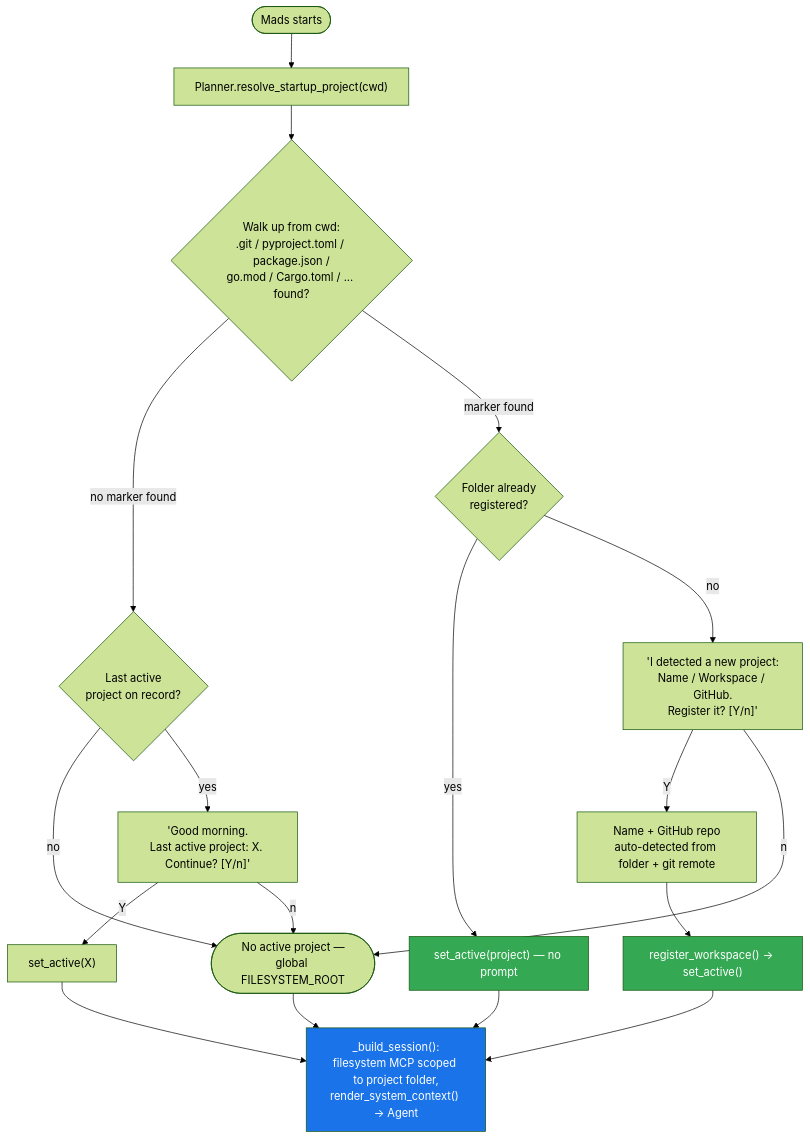
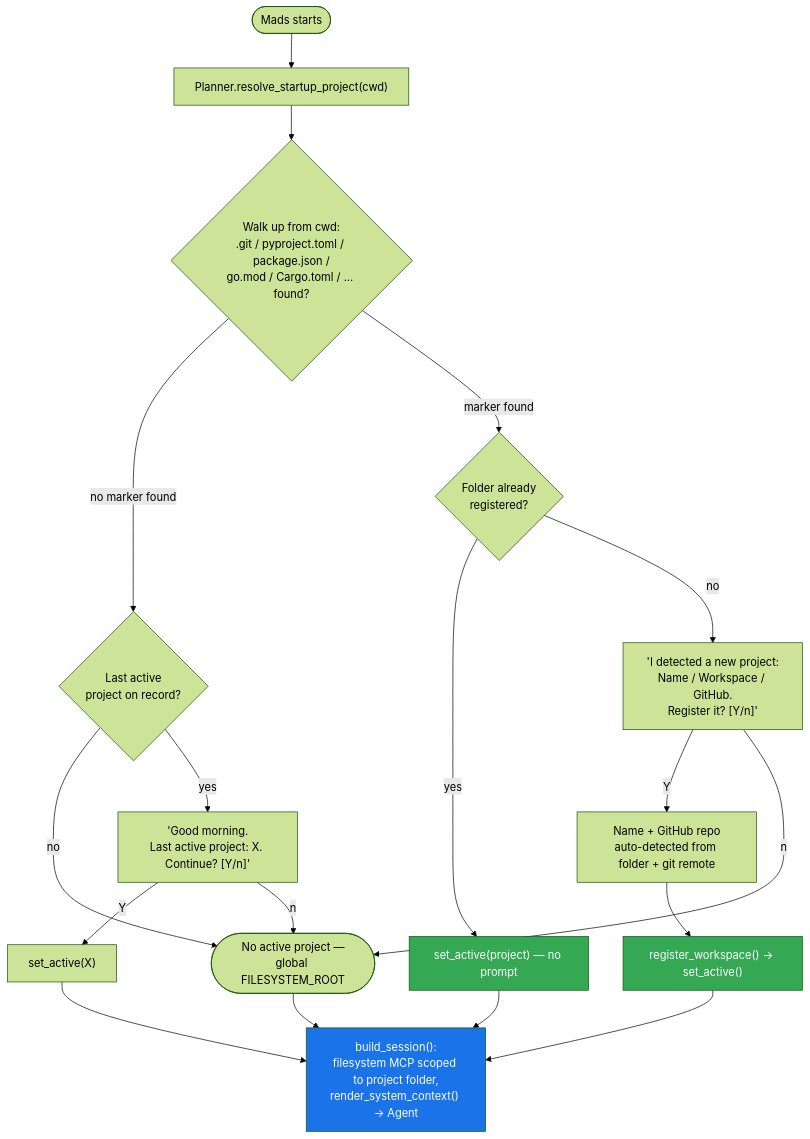
Before and after one commit to sayandeep-coder/mads: the seventh of 8 diagrams in README.md, drawn with Mermaid (forest theme). The commit also changed other lines of this file and 26 other files, not shown here.

````diff
--- a/README.md
+++ b/README.md
@@ -131,27 +279,27 @@
 ```mermaid
 flowchart TD
     Start(["Mads starts"]) --> Detect["Planner.resolve_startup_project(cwd)"]
     Detect --> Walk{"Walk up from cwd:<br/>.git / pyproject.toml / package.json /<br/>go.mod / Cargo.toml / ... found?"}
 
     Walk -- "no marker found" --> LastActive{"Last active<br/>project on record?"}
     LastActive -- no --> NoProject(["No active project —<br/>global FILESYSTEM_ROOT"])
     LastActive -- yes --> AskResume["'Good morning.<br/>Last active project: X. Continue? [Y/n]'"]
     AskResume -- Y --> ActivateLast["set_active(X)"]
     AskResume -- n --> NoProject
 
     Walk -- "marker found" --> Known{"Folder already<br/>registered?"}
     Known -- yes --> SilentActivate["set_active(project) — no prompt"]
     Known -- no --> Offer["'I detected a new project:<br/>Name / Workspace / GitHub.<br/>Register it? [Y/n]'"]
     Offer -- Y --> AutoDetect["Name + GitHub repo<br/>auto-detected from folder + git remote"]
     AutoDetect --> Register["register_workspace() → set_active()"]
     Offer -- n --> NoProject
 
     SilentActivate --> Session
     ActivateLast --> Session
-    Register --> Session["_build_session():<br/>filesystem MCP scoped to project folder,<br/>render_system_context() → Agent"]
+    Register --> Session["build_session():<br/>filesystem MCP scoped to project folder,<br/>render_system_context() → Agent"]
     NoProject --> Session
 
     style Session fill:#1a73e8,color:#fff
     style SilentActivate fill:#34a853,color:#fff
     style Register fill:#34a853,color:#fff
 ```
````
